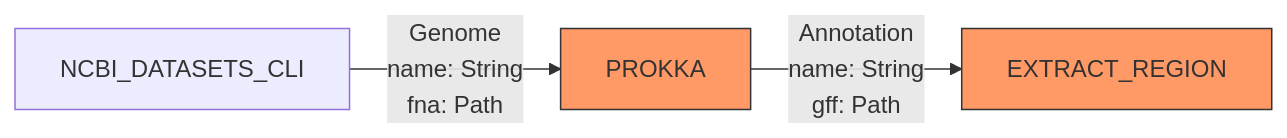
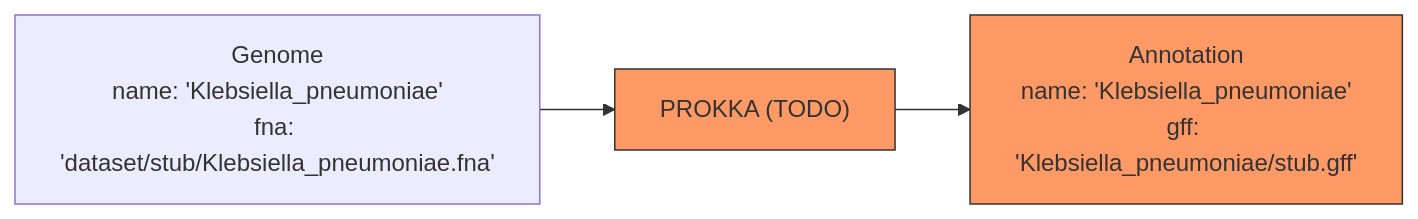
One commit to bu-cds-bf528/lab03-template changed the third of 11 diagrams in part2/README.md. Above: the diagram before and after it, drawn with Mermaid. The commit also changed other lines of this file and 9 other files, not shown here.

````diff
--- a/part2/README.md
+++ b/part2/README.md
@@ -209,7 +116,7 @@
 ```mermaid
 flowchart LR
-    NCBI[NCBI_DATASETS_CLI] -->|"Genome<br/>name: String<br/>fna: Path"| PROKKA[PROKKA]
-    PROKKA -->|"Annotation<br/>name: String<br/>gff: Path"| EXTRACT[EXTRACT_REGION]
+    GENOME["Genome<br/>name: 'Klebsiella_pneumoniae'<br/>fna: 'dataset/stub/Klebsiella_pneumoniae.fna'"] --> PROKKA["PROKKA (TODO)"]
+    PROKKA --> ANNOT["Annotation<br/>name: 'Klebsiella_pneumoniae'<br/>gff: 'Klebsiella_pneumoniae/stub.gff'"]
     classDef new fill:#f96,stroke:#333
-    class PROKKA,EXTRACT new
+    class PROKKA,ANNOT new
 ```
````
